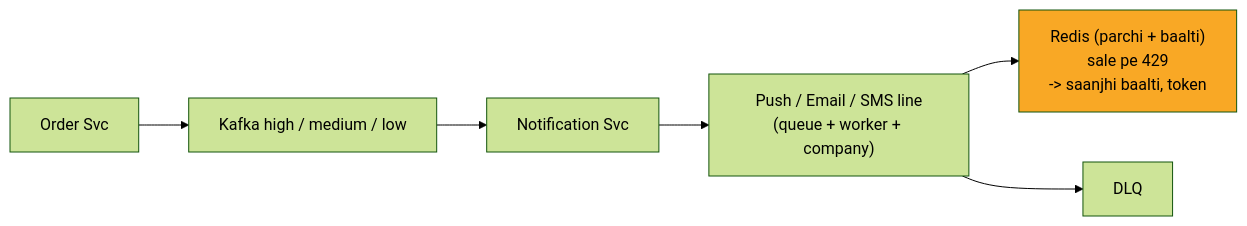
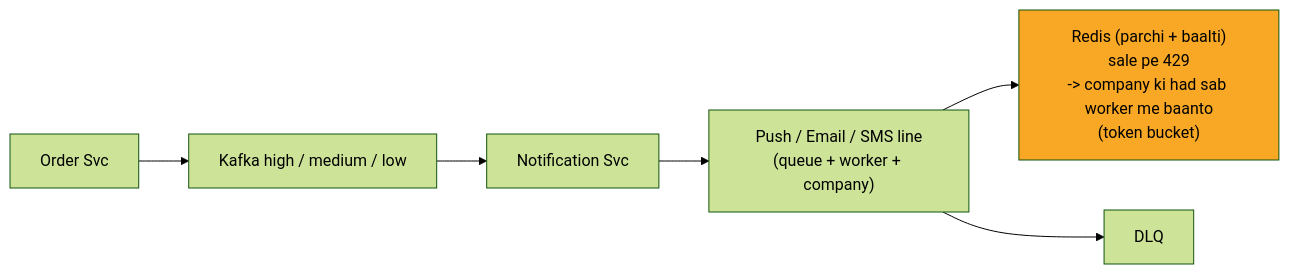
One commit to ArpanMaheshwari144/Prep changed the ninth of 13 diagrams in 04_HLD/SYSTEM_DESIGNS/04_notification_system/04_notification_system.md. Above: the diagram before and after it, drawn with Mermaid (forest theme). The commit also changed other lines of this file and 13 other files, not shown here.

````diff
--- a/04_HLD/SYSTEM_DESIGNS/04_notification_system/04_notification_system.md
+++ b/04_HLD/SYSTEM_DESIGNS/04_notification_system/04_notification_system.md
@@ -329,15 +329,15 @@
 ```mermaid
 flowchart LR
     n_Order_Svc["Order Svc"]
     n_Kafka["Kafka high / medium / low"]
     n_Notification_Svc["Notification Svc"]
     n_LINES["Push / Email / SMS line<br/>(queue + worker + company)"]
-    n_Redis["Redis (parchi + baalti)<br/>sale pe 429<br/>-> saanjhi baalti, token"]
+    n_Redis["Redis (parchi + baalti)<br/>sale pe 429<br/>-> company ki had sab worker me baanto<br/>(token bucket)"]
     n_DLQ["DLQ"]
     n_Order_Svc --> n_Kafka
     n_Kafka --> n_Notification_Svc
     n_Notification_Svc --> n_LINES
     n_LINES --> n_Redis
     n_LINES --> n_DLQ
     style n_Redis fill:#f9a825,color:#000
 ```
````
